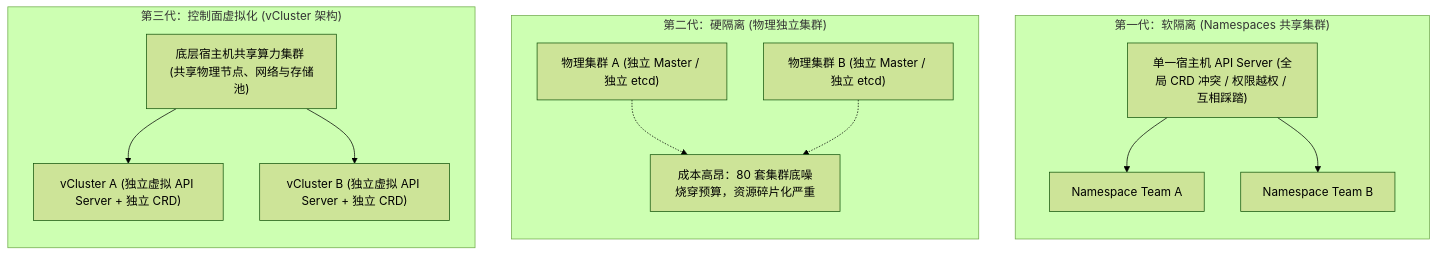
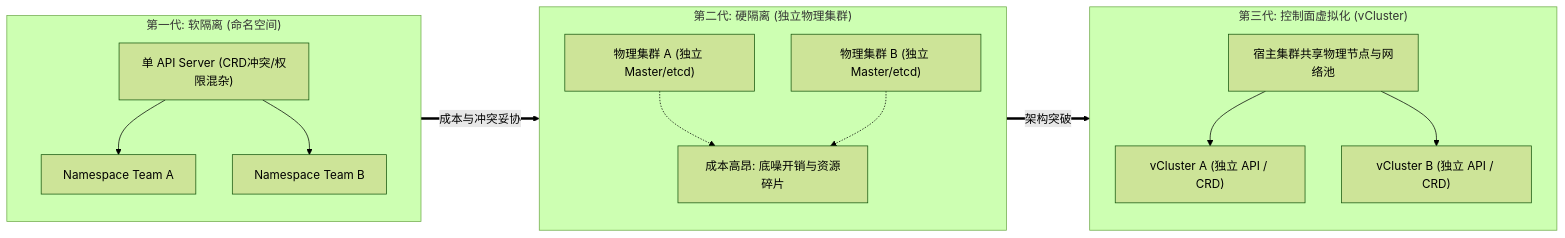
The first of 3 diagrams in content/posts/kubernetes-internals/k8s-24-multi-tenancy-virtual-clusters-vcluster.md (MoreConsequence/MoreConsequence.github.io), drawn with Mermaid (forest theme) before and after one commit. The commit also changed other lines of this file and 835 other files, not shown here.

First line of the commit message:
feat(blog): 全站33篇新增深度专栏与博文全量审核上线及矢量图表优化

````diff
--- a/content/posts/kubernetes-internals/k8s-24-multi-tenancy-virtual-clusters-vcluster.md
+++ b/content/posts/kubernetes-internals/k8s-24-multi-tenancy-virtual-clusters-vcluster.md
@@ -41,29 +41,32 @@
 ```mermaid
-flowchart TD
-    subgraph Gen1["第一代：软隔离 (Namespaces 共享集群)"]
+flowchart LR
+    subgraph Gen1["第一代: 软隔离 (命名空间)"]
         direction TB
-        HostAPIS1["单一宿主机 API Server (全局 CRD 冲突 / 权限越权 / 互相踩踏)"]
+        HostAPIS1["单 API Server (CRD冲突/权限混杂)"]
         NS1["Namespace Team A"]
         NS2["Namespace Team B"]
         HostAPIS1 --> NS1
         HostAPIS1 --> NS2
     end
 
-    subgraph Gen2["第二代：硬隔离 (物理独立集群)"]
+    subgraph Gen2["第二代: 硬隔离 (独立物理集群)"]
         direction TB
-        ClusterA["物理集群 A (独立 Master / 独立 etcd)"]
-        ClusterB["物理集群 B (独立 Master / 独立 etcd)"]
-        Waste["成本高昂：80 套集群底噪烧穿预算，资源碎片化严重"]
+        ClusterA["物理集群 A (独立 Master/etcd)"]
+        ClusterB["物理集群 B (独立 Master/etcd)"]
+        Waste["成本高昂: 底噪开销与资源碎片"]
         ClusterA -.-> Waste
         ClusterB -.-> Waste
     end
 
-    subgraph Gen3["第三代：控制面虚拟化 (vCluster 架构)"]
+    subgraph Gen3["第三代: 控制面虚拟化 (vCluster)"]
         direction TB
-        HostCluster["底层宿主机共享算力集群 (共享物理节点、网络与存储池)"]
-        vClusterA["vCluster A (独立虚拟 API Server + 独立 CRD)"]
-        vClusterB["vCluster B (独立虚拟 API Server + 独立 CRD)"]
+        HostCluster["宿主集群共享物理节点与网络池"]
+        vClusterA["vCluster A (独立 API / CRD)"]
+        vClusterB["vCluster B (独立 API / CRD)"]
         HostCluster --> vClusterA
         HostCluster --> vClusterB
     end
+
+    Gen1 ==>|"成本与冲突妥协"| Gen2
+    Gen2 ==>|"架构突破"| Gen3
 ```
````
